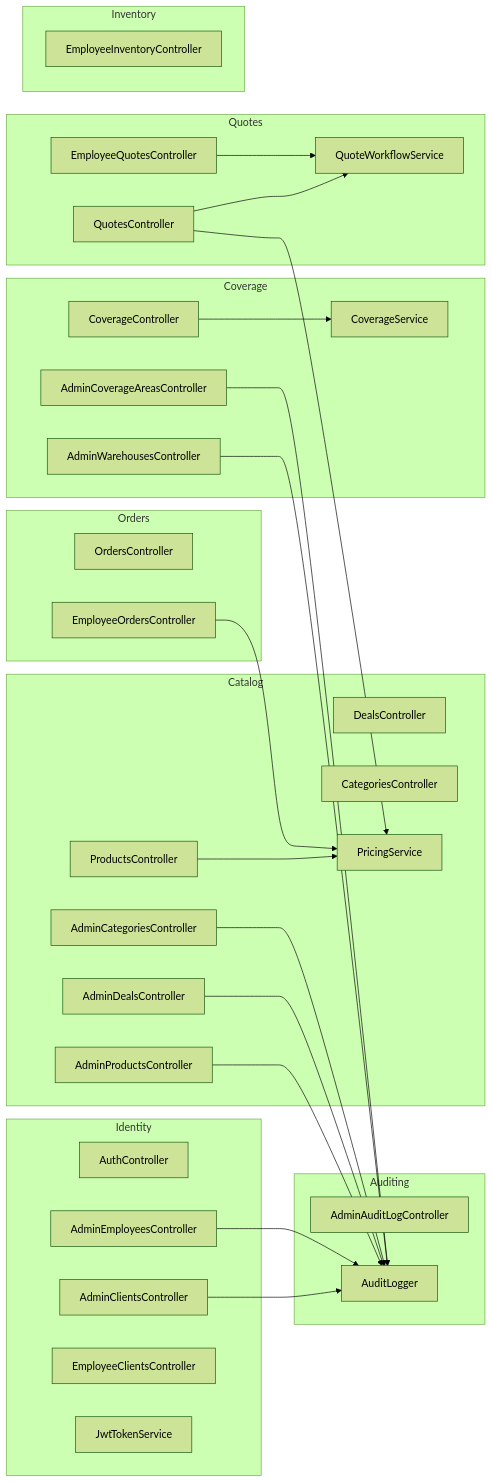
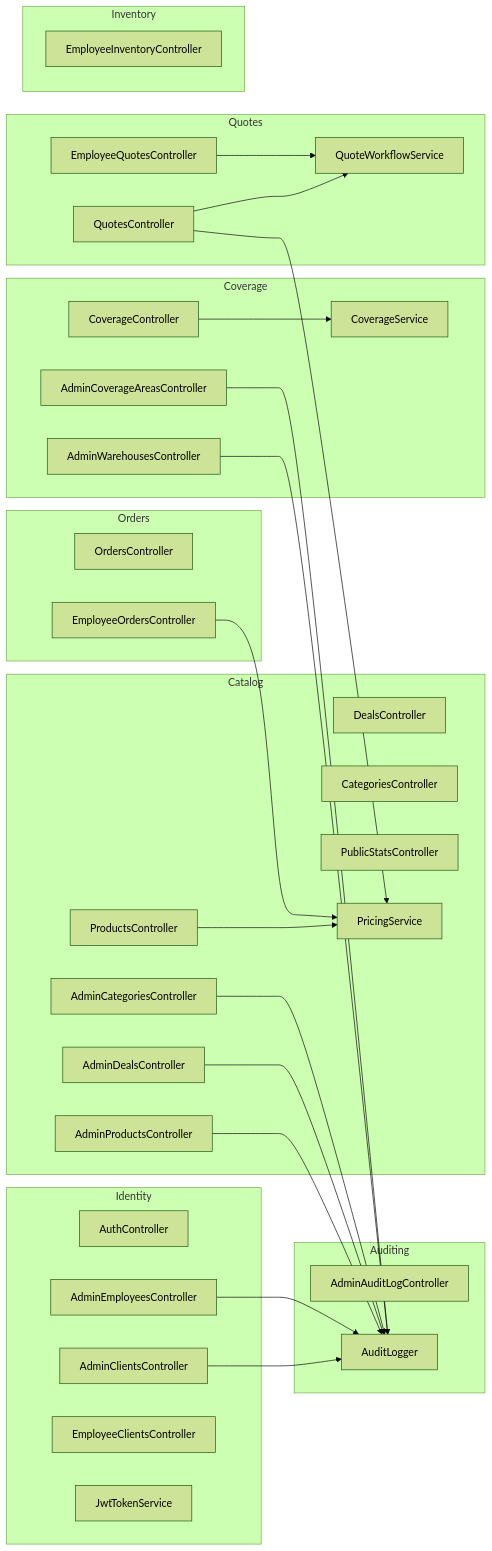
One commit to GucciVanin/MarviWebsite changed the third of 12 diagrams in architecture.md. Above: the diagram before and after it, drawn with Mermaid (forest theme). The commit also changed other lines of this file and 6 other files, not shown here.

````diff
--- a/architecture.md
+++ b/architecture.md
@@ -101,46 +101,47 @@
 ```mermaid
 flowchart LR
     subgraph Identity
         I1[AuthController]
         I2[AdminClientsController]
         I3[AdminEmployeesController]
         I4[EmployeeClientsController]
         I5[JwtTokenService]
     end
     subgraph Catalog
         C1[ProductsController]
         C2[DealsController]
         C3[AdminProductsController]
         C4[AdminDealsController]
         C6[CategoriesController]
         C7[AdminCategoriesController]
+        C8[PublicStatsController]
         C5[PricingService]
     end
     subgraph Coverage
         V1[CoverageController]
         V2[AdminWarehousesController]
         V3[AdminCoverageAreasController]
         V4[CoverageService]
     end
     subgraph Quotes
         Q1[QuotesController]
         Q2[EmployeeQuotesController]
         Q3[QuoteWorkflowService]
     end
     subgraph Orders
         O1[OrdersController]
         O2[EmployeeOrdersController]
     end
     subgraph Inventory
         N1[EmployeeInventoryController]
     end
     subgraph Auditing
         A1[AdminAuditLogController]
         A2[AuditLogger]
     end
 
     C1 & O2 & Q1 --> C5
     Q1 & Q2 --> Q3
     V1 --> V4
     I2 & I3 & C3 & C4 & C7 & V2 & V3 --> A2
 ```
````
